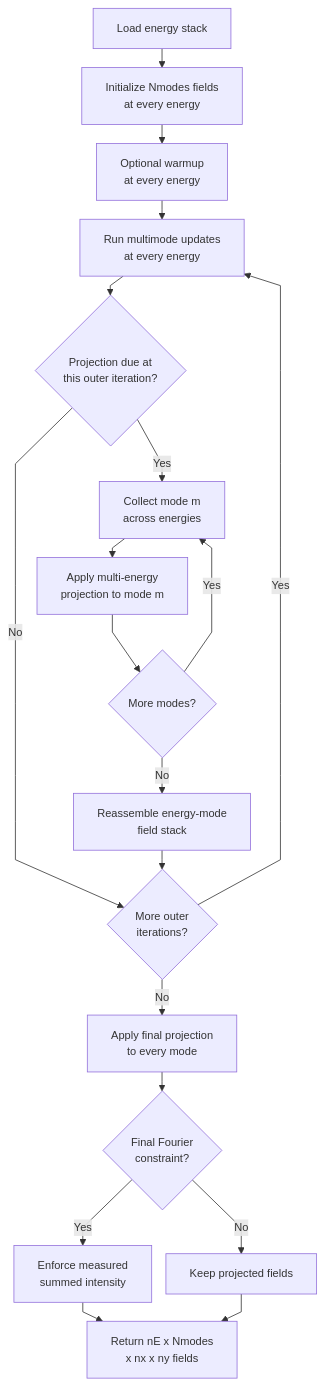
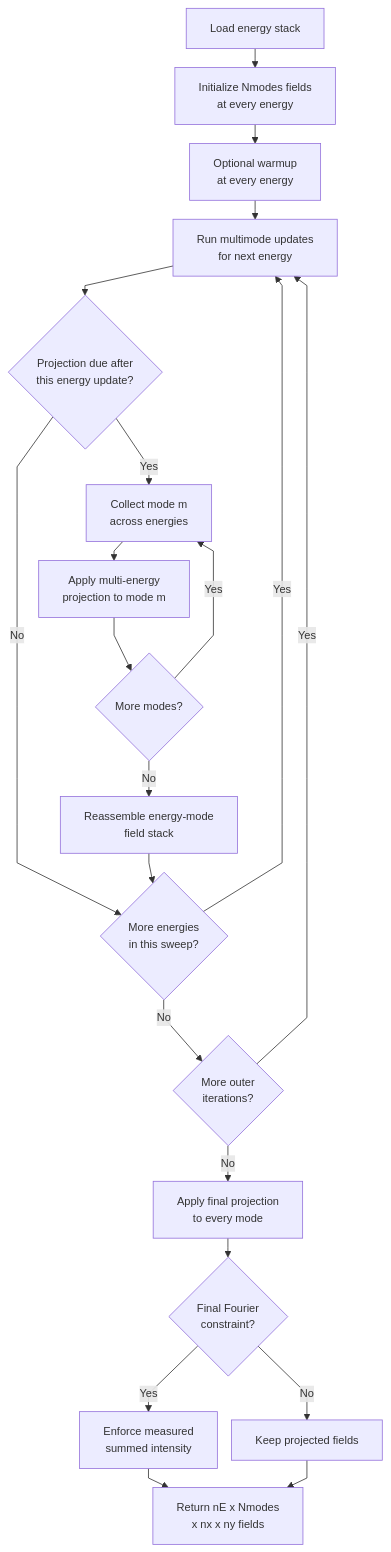
The fifth of 7 diagrams in docs/phase_retrieval_libraries.md (riccbatt/FTH-Phase-Retrieval-2609-SOLEIL-SEXTANTS), drawn with Mermaid before and after one commit. The commit also changed other lines of this file and 15 other files, not shown here.

````diff
--- a/docs/phase_retrieval_libraries.md
+++ b/docs/phase_retrieval_libraries.md
@@ -868,22 +876,24 @@
 ```mermaid
 %%{init: {"flowchart": {"nodeSpacing": 18, "rankSpacing": 24, "curve": "linear"}, "themeVariables": {"fontSize": "14px"}}}%%
 flowchart TD
     A[Load energy stack] --> B[Initialize Nmodes fields<br/>at every energy]
     B --> C[Optional warmup<br/>at every energy]
-    C --> D[Run multimode updates<br/>at every energy]
-    D --> E{Projection due at<br/>this outer iteration?}
-    E -- No --> J{More outer<br/>iterations?}
+    C --> D[Run multimode updates<br/>for next energy]
+    D --> E{Projection due after<br/>this energy update?}
+    E -- No --> P{More energies<br/>in this sweep?}
     E -- Yes --> F[Collect mode m<br/>across energies]
     F --> G[Apply multi-energy<br/>projection to mode m]
     G --> H{More modes?}
     H -- Yes --> F
     H -- No --> I[Reassemble energy-mode<br/>field stack]
-    I --> J
+    I --> P
+    P -- Yes --> D
+    P -- No --> J{More outer<br/>iterations?}
     J -- Yes --> D
     J -- No --> K[Apply final projection<br/>to every mode]
     K --> L{Final Fourier<br/>constraint?}
     L -- Yes --> M[Enforce measured<br/>summed intensity]
     L -- No --> N[Keep projected fields]
     M --> O[Return nE x Nmodes<br/>x nx x ny fields]
     N --> O
 ```
````
